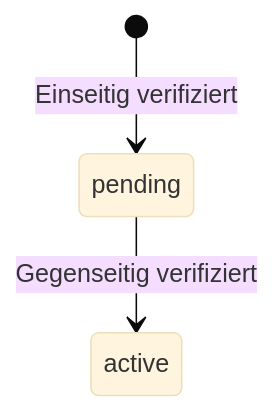
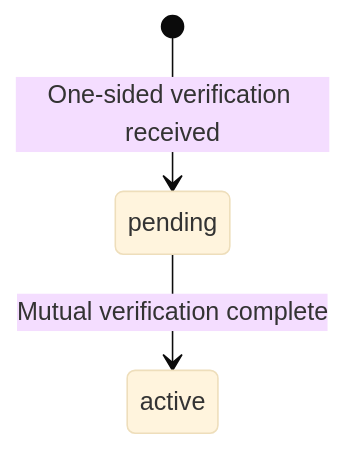
One commit to IT4Change/web-of-trust changed the third of 7 diagrams in docs/architecture/entities.md. Above: the diagram before and after it, drawn with Mermaid (base theme). The commit also changed other lines of this file and 9 other files, not shown here.

````diff
--- a/docs/architecture/entities.md
+++ b/docs/architecture/entities.md
@@ -207,5 +305,5 @@
 ```mermaid
 stateDiagram-v2
-    [*] --> pending: Einseitig verifiziert
-    pending --> active: Gegenseitig verifiziert
+    [*] --> pending: One-sided verification received
+    pending --> active: Mutual verification complete
 ```
````
